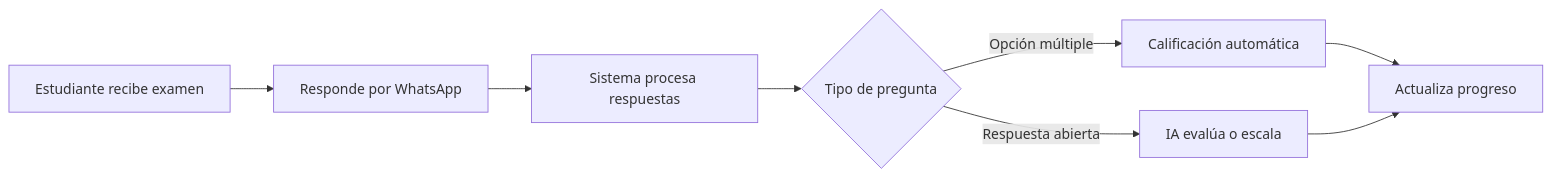
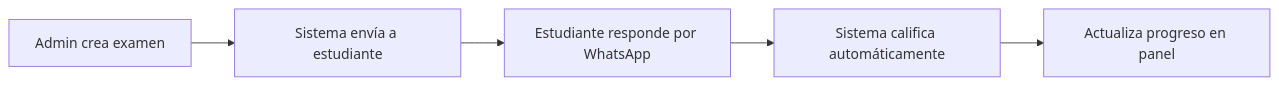
Before and after one commit to erikaluciafuertes/Project-Proposals: the fifth of 8 diagrams in roadmap.md, drawn with Mermaid. The commit also changed other lines of this file, not shown here.

Commit message:
refinamiento del roadmap con mayor detalle por fase y criterios de éxito

````diff
--- a/roadmap.md
+++ b/roadmap.md
@@ -157,10 +188,7 @@
 ```mermaid
 flowchart LR
-    A[Estudiante recibe examen] --> B[Responde por WhatsApp]
-    B --> C[Sistema procesa respuestas]
-    C --> D{Tipo de pregunta}
-    D -->|Opción múltiple| E[Calificación automática]
-    D -->|Respuesta abierta| F[IA evalúa o escala]
-    E --> G[Actualiza progreso]
-    F --> G
+    A[Admin crea examen] --> B[Sistema envía a estudiante]
+    B --> C[Estudiante responde por WhatsApp]
+    C --> D[Sistema califica automáticamente]
+    D --> E[Actualiza progreso en panel]
 ```
````
